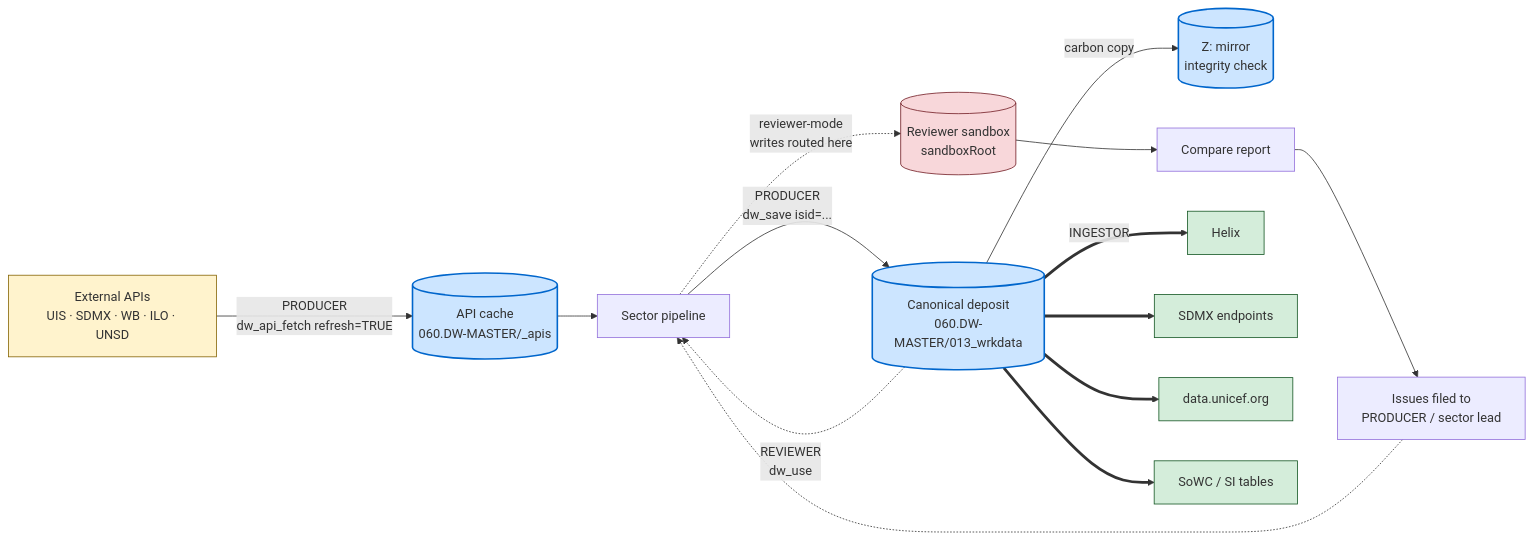
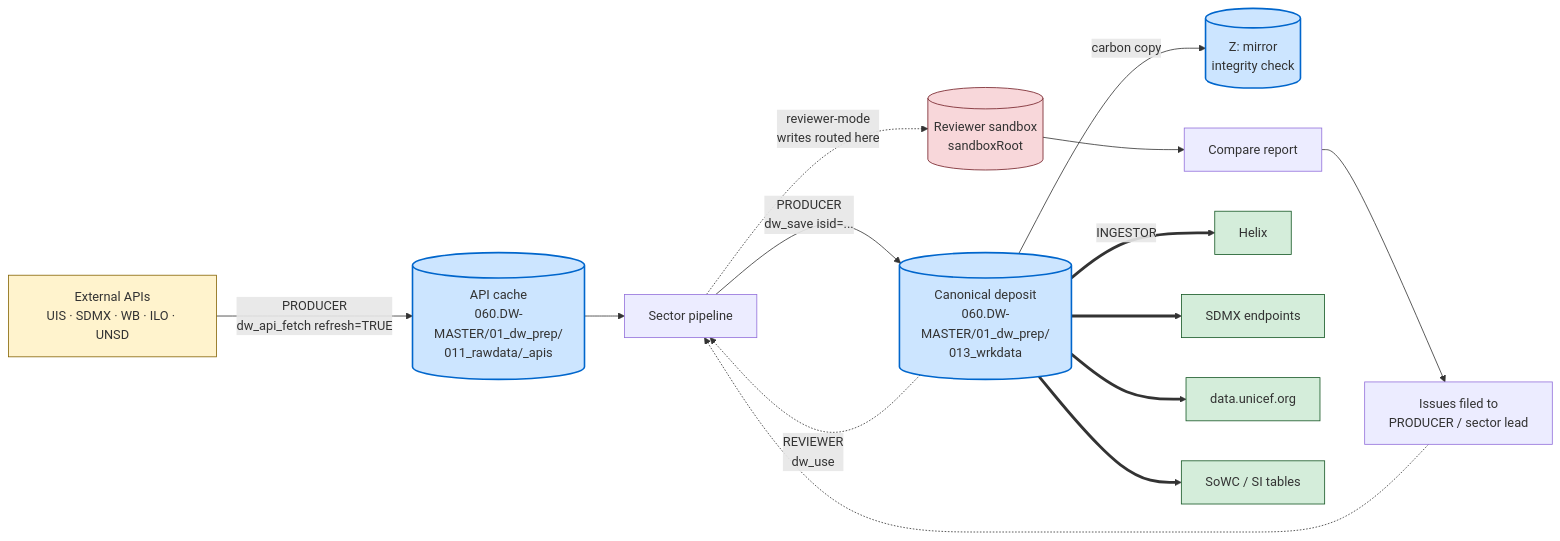
Before and after one commit to unicef-drp/cso-toolkit: the first of 2 diagrams in docs/roles_and_workflow.md, drawn with Mermaid. The commit also changed 1 other file, not shown here.

Commit message:
fix: address 2 Copilot review findings on PR #2
docs/roles_and_workflow.md — Mermaid path labels now use the full
on-disk layout described later in the same document (cache:
060.DW-MASTER/01_dw_prep/011_rawdata/_apis; canonical:
060.DW-MASTER/01_dw_prep/013_wrkdata). Previous shorthand paths
contradicted the folder-layout block and the dw_api.R comments.

docs/git_workflow.md — recovery recipe now splits into two cases:

  Case 1 (unpushed)  - the original `git branch / git reset --hard
                       origin/develop / git checkout` flow works
                       because the commit is still local.

  Case 2 (pushed)    - `git reset --hard` is local-only and the
                       remote keeps the bad commit; the only
                       correct remediation is `git revert <sha>`
                       (or fix-forward) and push normally, since
                       `allow_force_pushes=false` on develop blocks
                       history rewriting (even for admins, since
                       admin bypass does NOT unlock force pushes).

  Both recipes preserve "rescue the work on a new branch first"
  with the relevant git incantation.

````diff
--- a/docs/roles_and_workflow.md
+++ b/docs/roles_and_workflow.md
@@ -16,43 +16,43 @@
 ```mermaid
 flowchart LR
     APIs[External APIs<br/>UIS · SDMX · WB · ILO · UNSD]
-    Cache[(API cache<br/>060.DW-MASTER/_apis)]
+    Cache[(API cache<br/>060.DW-MASTER/01_dw_prep/<br/>011_rawdata/_apis)]
     Pipeline[Sector pipeline]
-    Canonical[(Canonical deposit<br/>060.DW-MASTER/013_wrkdata)]
+    Canonical[(Canonical deposit<br/>060.DW-MASTER/01_dw_prep/<br/>013_wrkdata)]
     Zmirror[(Z: mirror<br/>integrity check)]
 
     Sandbox[(Reviewer sandbox<br/>sandboxRoot)]
     CompareReport[Compare report]
     Issues[Issues filed to<br/>PRODUCER / sector lead]
 
     Helix[Helix]
     SDMXout[SDMX endpoints]
     Portal[data.unicef.org]
     SoWC[SoWC / SI tables]
 
     APIs -->|PRODUCER<br/>dw_api_fetch refresh=TRUE| Cache
     Cache --> Pipeline
     Pipeline -->|PRODUCER<br/>dw_save isid=...| Canonical
     Canonical -->|carbon copy| Zmirror
 
     Canonical -.->|REVIEWER<br/>dw_use| Pipeline
     Pipeline -.->|reviewer-mode<br/>writes routed here| Sandbox
     Sandbox --> CompareReport
     CompareReport --> Issues
     Issues -.-> Pipeline
 
     Canonical ==>|INGESTOR| Helix
     Canonical ==> SDMXout
     Canonical ==> Portal
     Canonical ==> SoWC
 
     classDef external fill:#fff3cd,stroke:#856404
     classDef canonical fill:#cce5ff,stroke:#0066cc,stroke-width:2px
     classDef sandbox fill:#f8d7da,stroke:#721c24
     classDef downstream fill:#d4edda,stroke:#155724
 
     class APIs external
     class Cache,Canonical,Zmirror canonical
     class Sandbox sandbox
     class Helix,SDMXout,Portal,SoWC downstream
 ```
````
